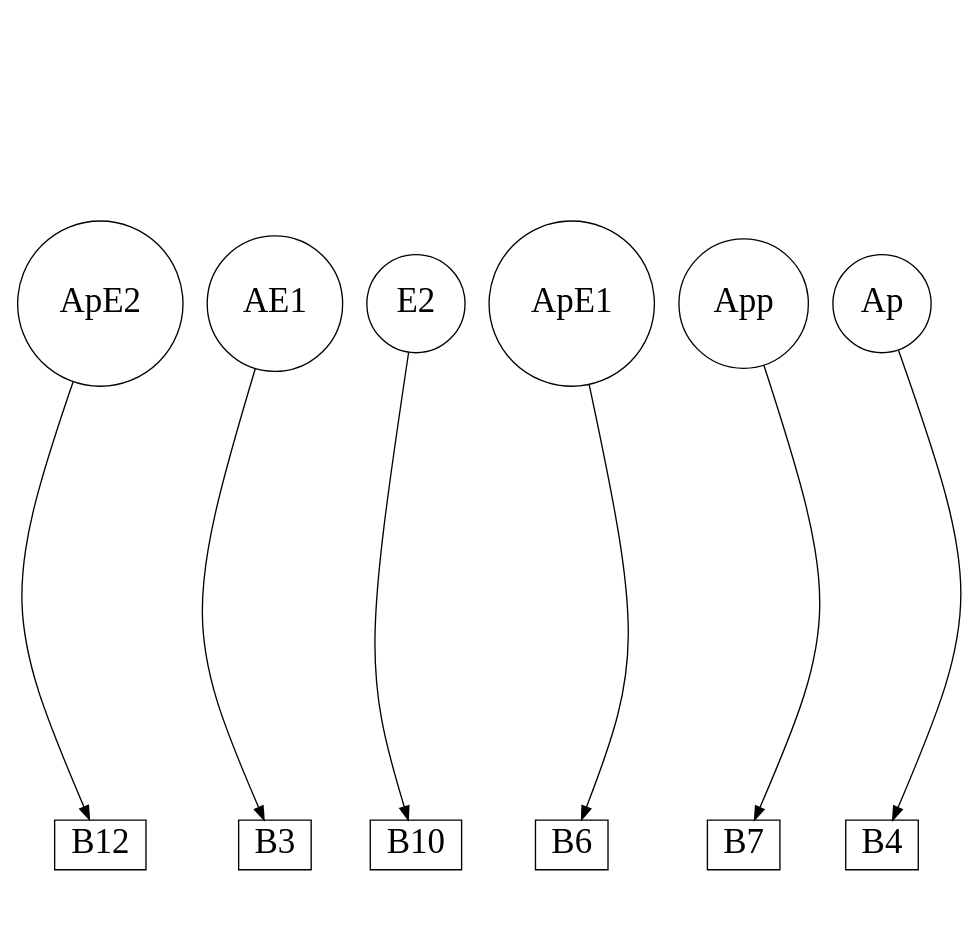
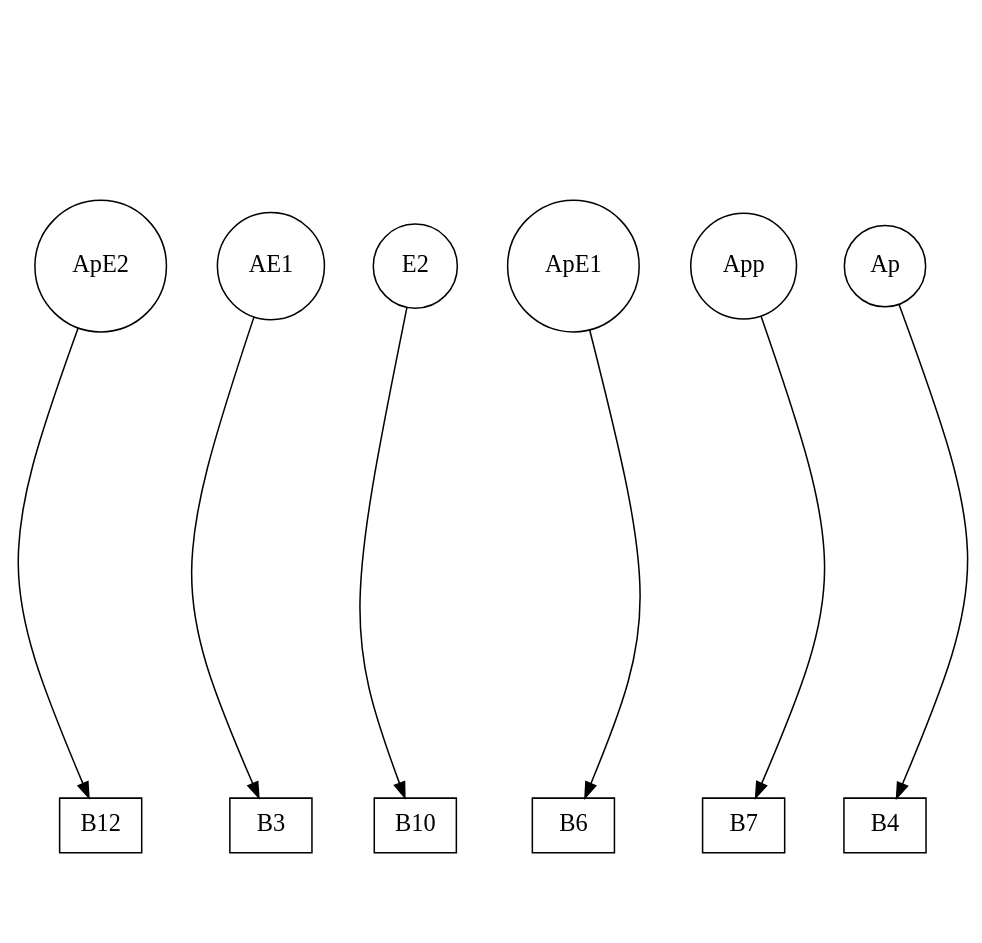
Before and after one commit to gratelpy/gratelpy-supplementary-information: the diagram in single_layer_mapk_system/order_6/single_layer_mapk_mechanism_order_6_frag_7_sg_0.dot, drawn with Graphviz. The commit also changed 77 other files, not shown here.

```diff
--- a/single_layer_mapk_system/order_6/single_layer_mapk_mechanism_order_6_frag_7_sg_0.dot
+++ b/single_layer_mapk_system/order_6/single_layer_mapk_mechanism_order_6_frag_7_sg_0.dot
@@ -1,25 +1,25 @@
 strict digraph G {
 remincross="true";
 ratio="fill";
 splines="curved";
 overlap="true";
 size="8.3,8.3";
-ApE2 [shape="circle", fontsize=26, pos="50.0,80.0!"];
-AE1 [shape="circle", fontsize=26, pos="60.0,140.0!"];
-E2 [shape="circle", fontsize=26, pos="140.0,40.0!"];
-B12 [shape="box", fontsize=26, pos="0.0,60.0!"];
-ApE1 [shape="circle", fontsize=26, pos="260.0,128.0!"];
-B10 [shape="box", fontsize=26, pos="110.0,90.0!"];
-B7 [shape="box", fontsize=26, pos="300.0,90.0!"];
-B6 [shape="box", fontsize=26, pos="320.0,160.0!"];
-B4 [shape="box", fontsize=26, pos="220.0,170.0!"];
-B3 [shape="box", fontsize=26, pos="110.0,160.0!"];
-App [shape="circle", fontsize=26, pos="320.0,120.0!"];
-Ap [shape="circle", fontsize=26, pos="160.0,160.0!"];
+ApE2 [shape="circle", fontsize=16, pos="50.0,80.0!"];
+AE1 [shape="circle", fontsize=16, pos="60.0,140.0!"];
+E2 [shape="circle", fontsize=16, pos="140.0,40.0!"];
+B12 [shape="box", fontsize=16, pos="0.0,60.0!"];
+ApE1 [shape="circle", fontsize=16, pos="260.0,128.0!"];
+B10 [shape="box", fontsize=16, pos="110.0,90.0!"];
+B7 [shape="box", fontsize=16, pos="300.0,90.0!"];
+B6 [shape="box", fontsize=16, pos="320.0,160.0!"];
+B4 [shape="box", fontsize=16, pos="220.0,170.0!"];
+B3 [shape="box", fontsize=16, pos="110.0,160.0!"];
+App [shape="circle", fontsize=16, pos="320.0,120.0!"];
+Ap [shape="circle", fontsize=16, pos="160.0,160.0!"];
 ApE1 -> B6;
 E2 -> B10;
 App -> B7;
 AE1 -> B3;
 ApE2 -> B12;
 Ap -> B4;
 }
```
